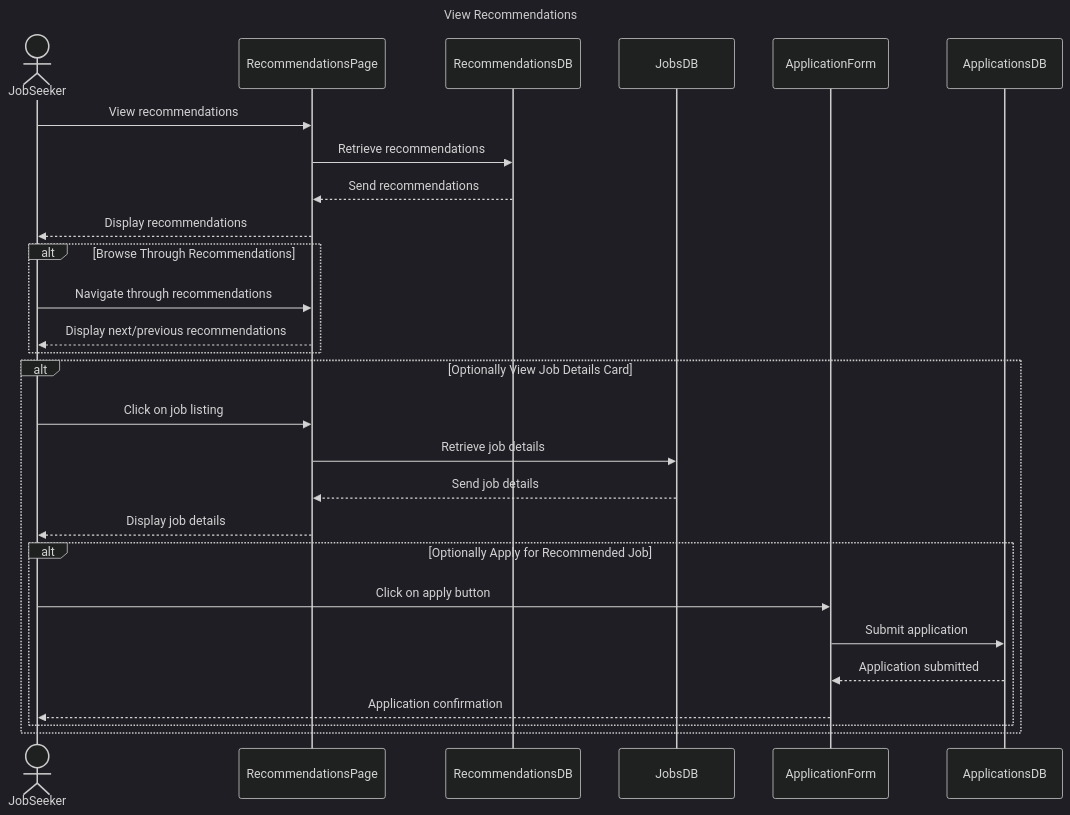
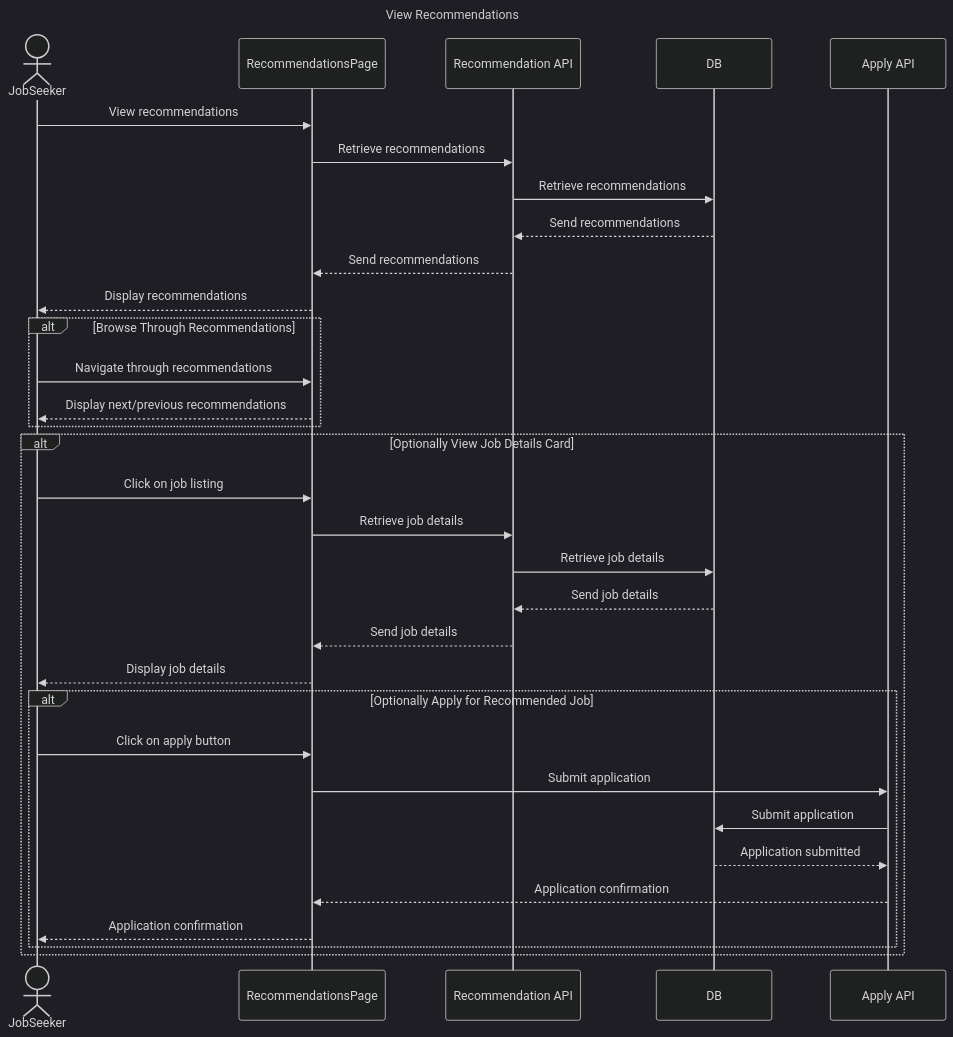
The diagram in docs/all-diagrams-source-files/sequence-diagrams/view-recommendations.md (emd5953/NextStep), drawn with Mermaid (dark theme) before and after one commit. The commit also changed 40 other files, not shown here.

Commit message:
updated diagrams

````diff
--- a/docs/all-diagrams-source-files/sequence-diagrams/view-recommendations.md
+++ b/docs/all-diagrams-source-files/sequence-diagrams/view-recommendations.md
@@ -1,25 +1,31 @@
 ```mermaid
 sequenceDiagram
     title View Recommendations
     actor JobSeeker
     JobSeeker ->> RecommendationsPage: View recommendations
-    RecommendationsPage ->> RecommendationsDB: Retrieve recommendations
-    RecommendationsDB -->> RecommendationsPage: Send recommendations
+    RecommendationsPage ->> Recommendation API: Retrieve recommendations
+    Recommendation API ->> DB: Retrieve recommendations
+    DB -->> Recommendation API: Send recommendations
+    Recommendation API -->> RecommendationsPage: Send recommendations
     RecommendationsPage -->> JobSeeker: Display recommendations
     alt Browse Through Recommendations
         JobSeeker ->> RecommendationsPage: Navigate through recommendations
         RecommendationsPage -->> JobSeeker: Display next/previous recommendations
     end
     alt Optionally View Job Details Card
         JobSeeker ->> RecommendationsPage: Click on job listing
-        RecommendationsPage ->> JobsDB: Retrieve job details
-        JobsDB -->> RecommendationsPage: Send job details
+        RecommendationsPage ->> Recommendation API: Retrieve job details
+        Recommendation API ->> DB: Retrieve job details
+        DB -->> Recommendation API: Send job details
+        Recommendation API -->> RecommendationsPage: Send job details
         RecommendationsPage -->> JobSeeker: Display job details
         alt Optionally Apply for Recommended Job
-            JobSeeker ->> ApplicationForm: Click on apply button
-            ApplicationForm ->> ApplicationsDB: Submit application
-            ApplicationsDB -->> ApplicationForm: Application submitted
-            ApplicationForm -->> JobSeeker: Application confirmation
+            JobSeeker ->> RecommendationsPage: Click on apply button
+            RecommendationsPage ->> Apply API: Submit application
+            Apply API ->> DB: Submit application
+            DB -->> Apply API: Application submitted
+            Apply API -->> RecommendationsPage: Application confirmation
+            RecommendationsPage -->> JobSeeker: Application confirmation
         end
     end
 ```
````
